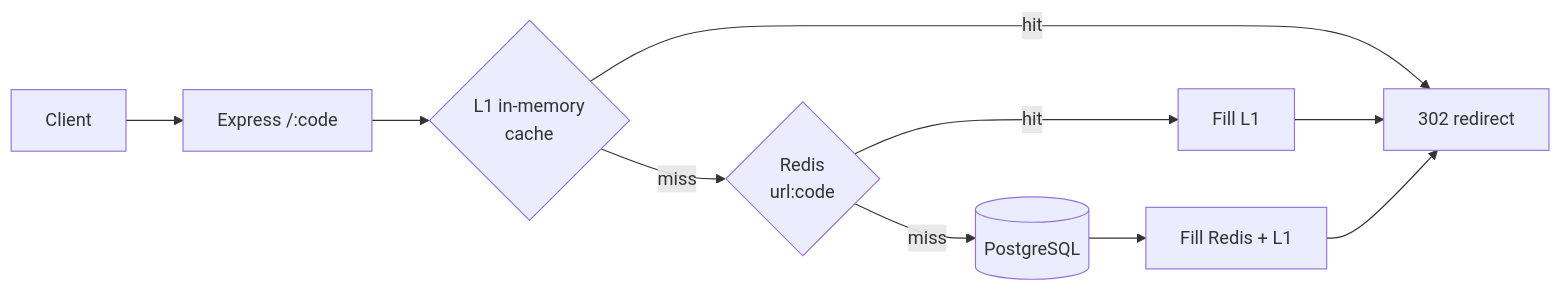
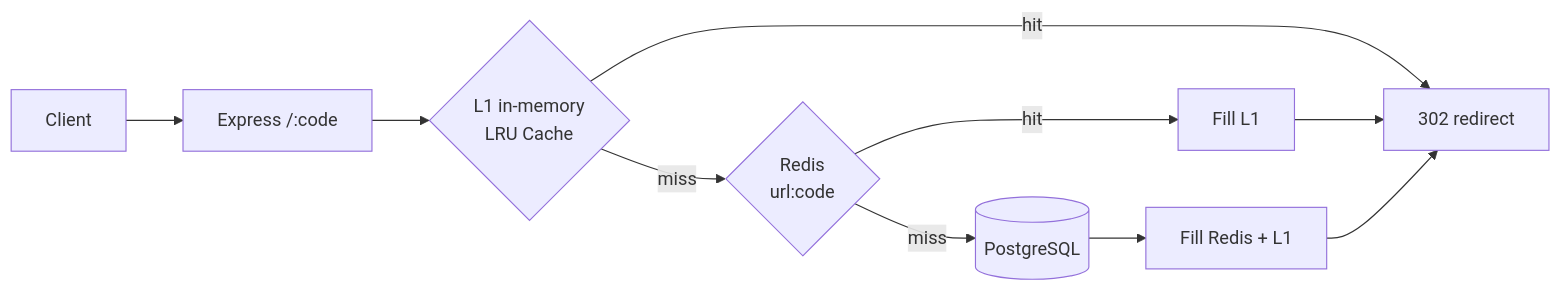
The first of 2 diagrams in README.md (makx-dev/CacheCut), drawn with Mermaid before and after one commit. The commit also changed other lines of this file and 11 other files, not shown here.

````diff
--- a/README.md
+++ b/README.md
@@ -21,10 +32,10 @@
 ```mermaid
 flowchart LR
     C[Client] --> A[Express /:code]
-    A --> L1{L1 in-memory<br/>cache}
+    A --> L1{L1 in-memory<br/>LRU Cache}
     L1 -- hit --> R[302 redirect]
     L1 -- miss --> RD{Redis<br/>url:code}
     RD -- hit --> F1[Fill L1] --> R
     RD -- miss --> PG[(PostgreSQL)]
     PG --> F2[Fill Redis + L1] --> R
 ```
````
